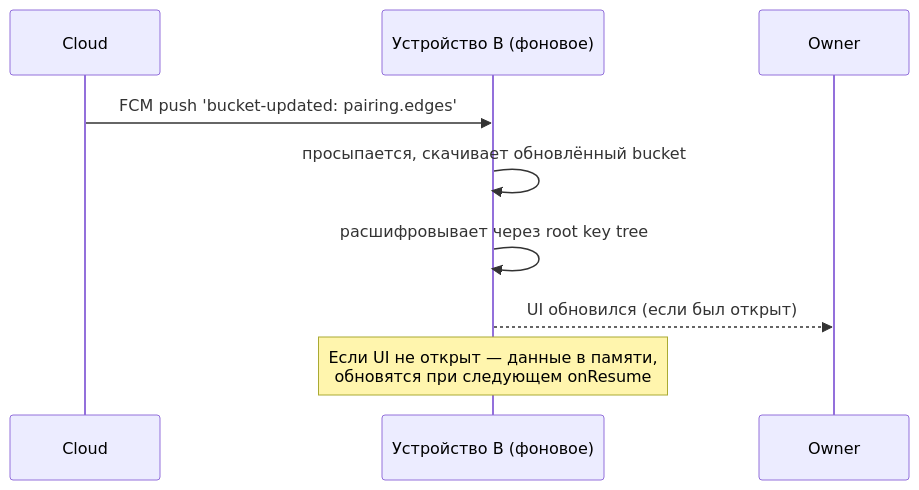
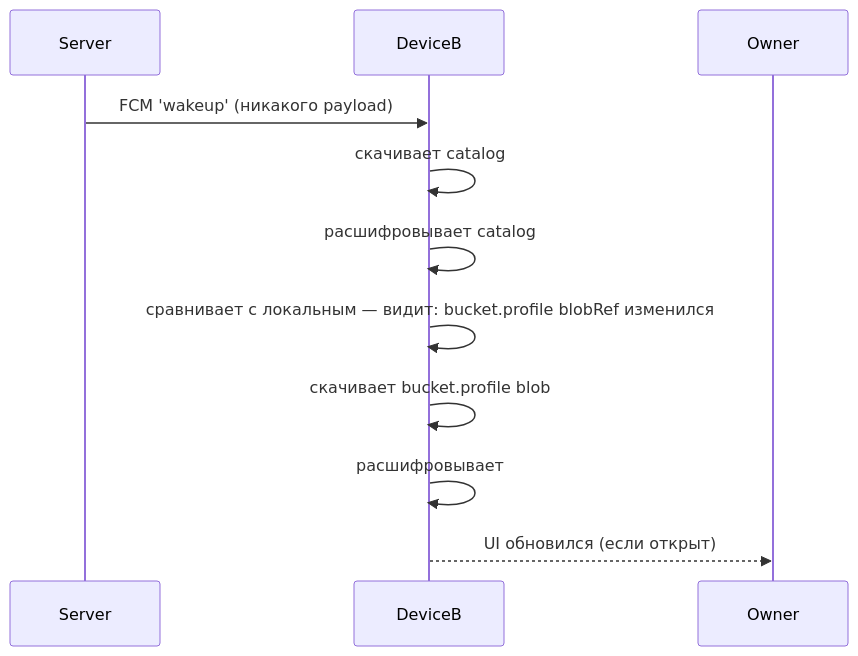
Before and after one commit to jeromwork/launcher: the fifth of 9 diagrams in specs/task-66-generic-encrypted-bucket-registry/spec.md, drawn with Mermaid. The commit also changed other lines of this file, not shown here.

````diff
--- a/specs/task-66-generic-encrypted-bucket-registry/spec.md
+++ b/specs/task-66-generic-encrypted-bucket-registry/spec.md
@@ -203,12 +229,14 @@
 ```mermaid
 sequenceDiagram
-  participant Server as Cloud
-  participant DeviceB as Устройство B (фоновое)
+  participant Server
+  participant DeviceB
   participant Owner
 
-  Server->>DeviceB: FCM push 'bucket-updated: pairing.edges'
-  DeviceB->>DeviceB: просыпается, скачивает обновлённый bucket
-  DeviceB->>DeviceB: расшифровывает через root key tree
-  DeviceB-->>Owner: UI обновился (если был открыт)
-  Note over DeviceB: Если UI не открыт — данные в памяти,<br/>обновятся при следующем onResume
+  Server->>DeviceB: FCM 'wakeup' (никакого payload)
+  DeviceB->>DeviceB: скачивает catalog
+  DeviceB->>DeviceB: расшифровывает catalog
+  DeviceB->>DeviceB: сравнивает с локальным — видит: bucket.profile blobRef изменился
+  DeviceB->>DeviceB: скачивает bucket.profile blob
+  DeviceB->>DeviceB: расшифровывает
+  DeviceB-->>Owner: UI обновился (если открыт)
 ```
````
